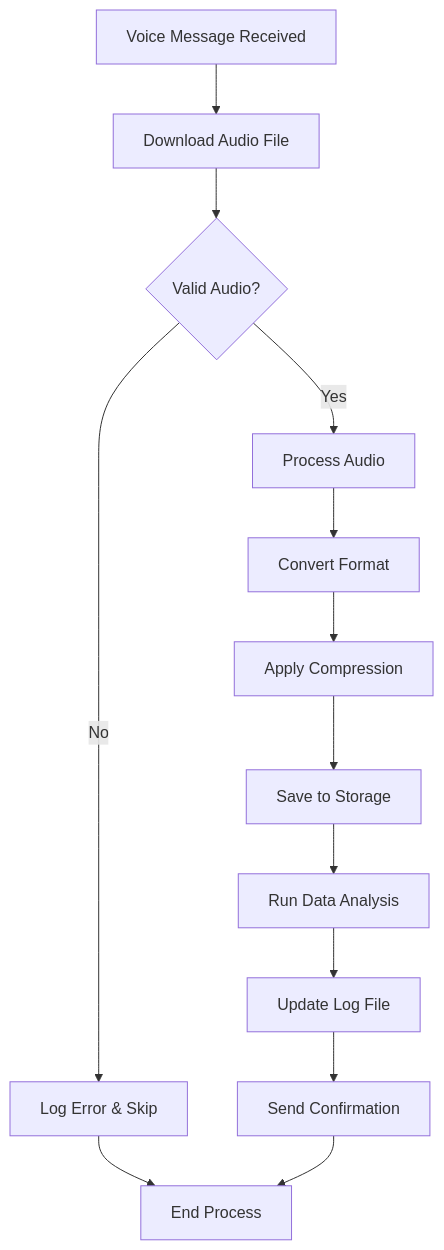
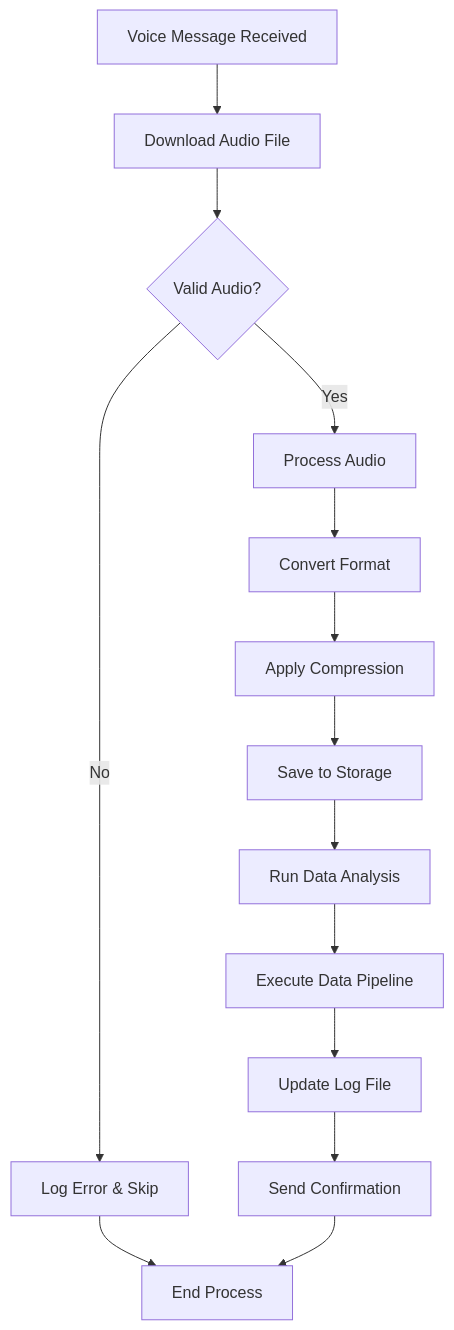
Before and after one commit to ZengSeng/telegram-bot: the second of 3 diagrams in .qoder/repowiki/en/content/Configuration and Customization.md, drawn with Mermaid. The commit also changed other lines of this file and 10 other files, not shown here.

````diff
--- a/.qoder/repowiki/en/content/Configuration and Customization.md
+++ b/.qoder/repowiki/en/content/Configuration and Customization.md
@@ -161,15 +187,16 @@
 ```mermaid
 flowchart TD
 START["Voice Message Received"] --> DOWNLOAD["Download Audio File"]
 DOWNLOAD --> VALIDATE{"Valid Audio?"}
 VALIDATE --> |No| ERROR["Log Error & Skip"]
 VALIDATE --> |Yes| PROCESS["Process Audio"]
 PROCESS --> CONVERT["Convert Format"]
 CONVERT --> COMPRESS["Apply Compression"]
 COMPRESS --> SAVE["Save to Storage"]
 SAVE --> ANALYZE["Run Data Analysis"]
-ANALYZE --> LOG["Update Log File"]
+ANALYZE --> PIPELINE["Execute Data Pipeline"]
+PIPELINE --> LOG["Update Log File"]
 LOG --> RESPONSE["Send Confirmation"]
 ERROR --> END["End Process"]
 RESPONSE --> END
 ```
````
